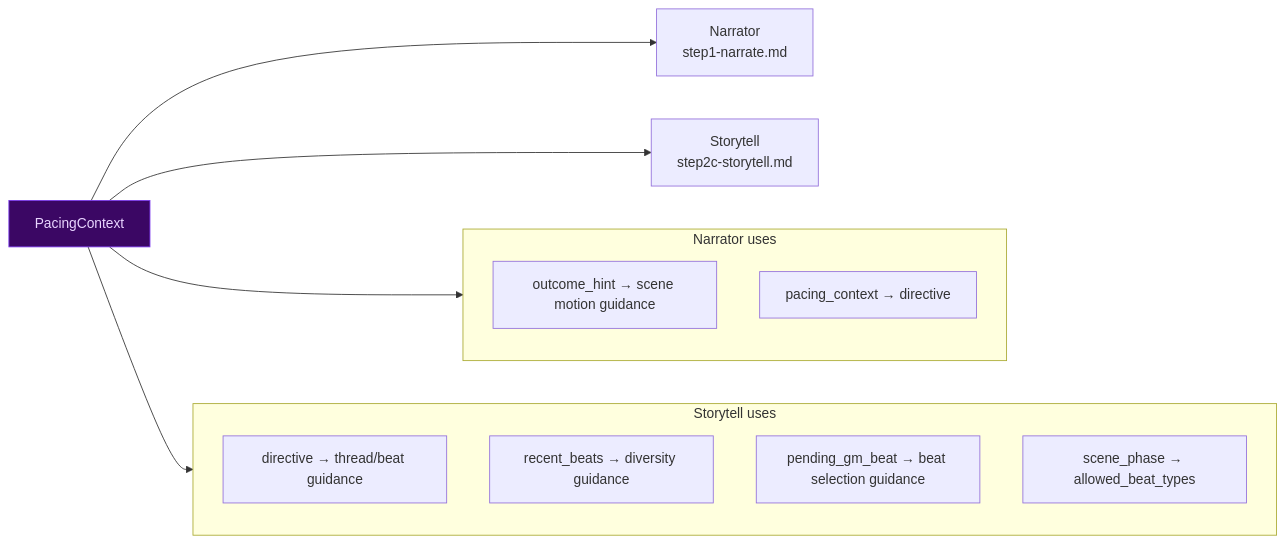
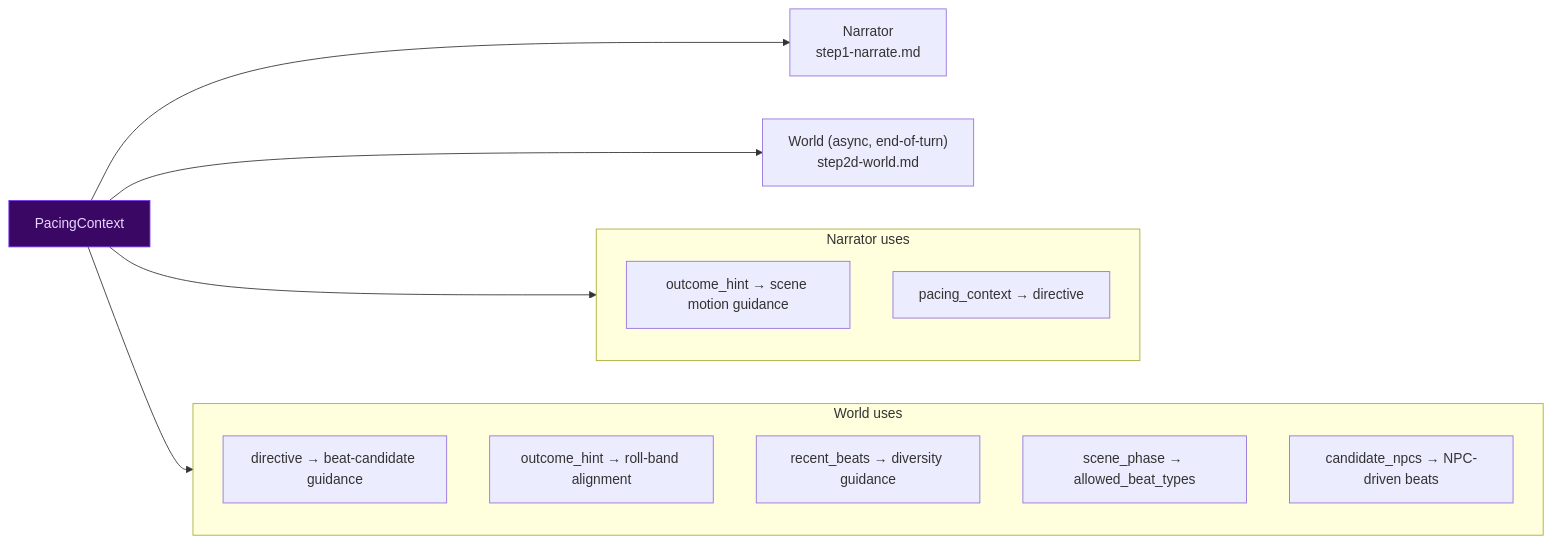
The fifth of 7 diagrams in docs/architecture/pacing-systems.md (pww217/fablethread), drawn with Mermaid before and after one commit. The commit also changed other lines of this file and 19 other files, not shown here.

````diff
--- a/docs/architecture/pacing-systems.md
+++ b/docs/architecture/pacing-systems.md
@@ -176,22 +180,23 @@
 ```mermaid
 flowchart LR
     PC["PacingContext"] --> NARR["Narrator<br>step1-narrate.md"]
-    PC --> STORY["Storytell<br>step2c-storytell.md"]
+    PC --> WORLD["World (async, end-of-turn)<br>step2d-world.md"]
 
     subgraph NARR_CONSUMPTION["Narrator uses"]
         N1["outcome_hint → scene motion guidance"]
         N2["pacing_context → directive"]
     end
 
-    subgraph STORY_CONSUMPTION["Storytell uses"]
-        S1["directive → thread/beat guidance"]
-        S2["recent_beats → diversity guidance"]
-        S3["pending_gm_beat → beat selection guidance"]
-        S4["scene_phase → allowed_beat_types"]
+    subgraph WORLD_CONSUMPTION["World uses"]
+        W1["directive → beat-candidate guidance"]
+        W2["outcome_hint → roll-band alignment"]
+        W3["recent_beats → diversity guidance"]
+        W4["scene_phase → allowed_beat_types"]
+        W5["candidate_npcs → NPC-driven beats"]
     end
 
     PC --> NARR_CONSUMPTION
-    PC --> STORY_CONSUMPTION
+    PC --> WORLD_CONSUMPTION
 
     style PC fill:#3b0764,color:#e9d5ff,stroke:#7c3aed,strokeWidth:2px
 ```
````
